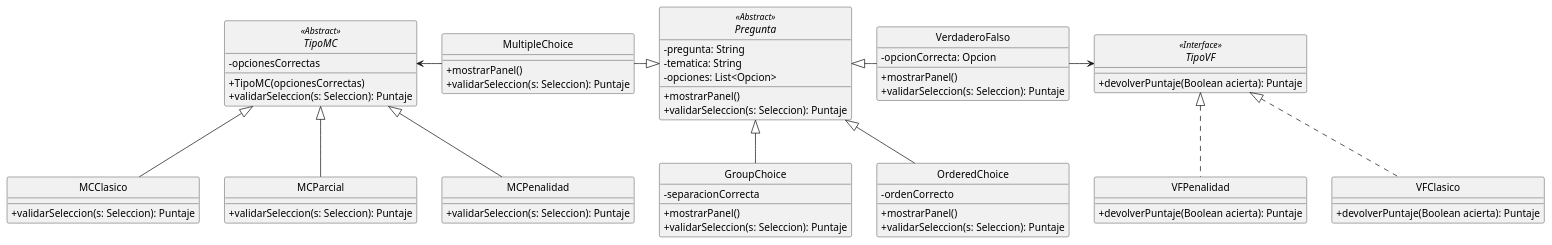
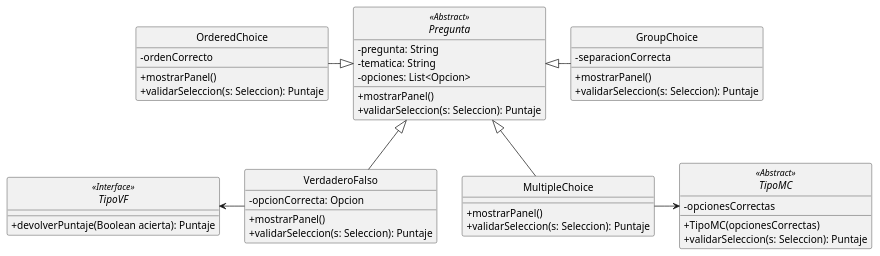
Before and after one commit to fiuba/algo3_proyecto_base_tp2: the diagram in diagrams/classes/Preguntas.plantuml, drawn with PlantUML. The commit also changed 2 other files, not shown here.

Commit message:
actualizacion y separacion en diagramas

```diff
--- a/diagrams/classes/Preguntas.plantuml
+++ b/diagrams/classes/Preguntas.plantuml
@@ -1,79 +1,60 @@
 @startuml Preguntas
 
 skinparam monochrome true
 hide circle
 skinparam classAttributeIconSize 0
 
 abstract Pregunta <<Abstract>> {
     - pregunta: String
     - tematica: String
     - opciones: List<Opcion>
     + mostrarPanel()
     + validarSeleccion(s: Seleccion): Puntaje
 }
 
 class VerdaderoFalso {
     - opcionCorrecta: Opcion
     + mostrarPanel()
     + validarSeleccion(s: Seleccion): Puntaje
 
 }
 
 class MultipleChoice {
     + mostrarPanel()
     + validarSeleccion(s: Seleccion): Puntaje
 
 }
 
 class OrderedChoice {
     - ordenCorrecto
     + mostrarPanel()
     + validarSeleccion(s: Seleccion): Puntaje
 
 }
 
 class GroupChoice {
     - separacionCorrecta
     + mostrarPanel()
     + validarSeleccion(s: Seleccion): Puntaje
 
 }
 
-Pregunta <|- VerdaderoFalso
-Pregunta <|-left- MultipleChoice
-Pregunta <|-- OrderedChoice
-Pregunta <|-- GroupChoice
+Pregunta <|-down- VerdaderoFalso
+Pregunta <|-down- MultipleChoice
+Pregunta <|-left- OrderedChoice
+Pregunta <|-right- GroupChoice
 
 interface TipoVF <<Interface>> {
     + devolverPuntaje(Boolean acierta): Puntaje
 }
-class VFClasico {
-    + devolverPuntaje(Boolean acierta): Puntaje
-}
-class VFPenalidad {
-    + devolverPuntaje(Boolean acierta): Puntaje
-}
 
-VerdaderoFalso -> TipoVF
-TipoVF <|.. VFClasico
-TipoVF <|.. VFPenalidad
+VerdaderoFalso -left-> TipoVF
 
 abstract TipoMC <<Abstract>> {
     - opcionesCorrectas
     + TipoMC(opcionesCorrectas)
     + validarSeleccion(s: Seleccion): Puntaje
 }
-class MCClasico {
-    + validarSeleccion(s: Seleccion): Puntaje
-}
-class MCParcial {
-    + validarSeleccion(s: Seleccion): Puntaje
-}
-class MCPenalidad {
-    + validarSeleccion(s: Seleccion): Puntaje
-}
-TipoMC <- MultipleChoice
-TipoMC <|-- MCClasico
-TipoMC <|-- MCParcial
-TipoMC <|-- MCPenalidad
+
+MultipleChoice -right-> TipoMC
 @enduml
```
